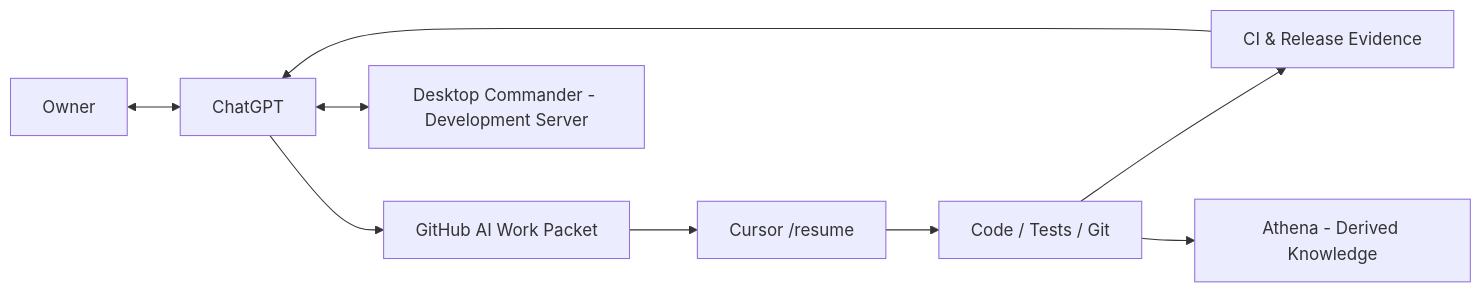
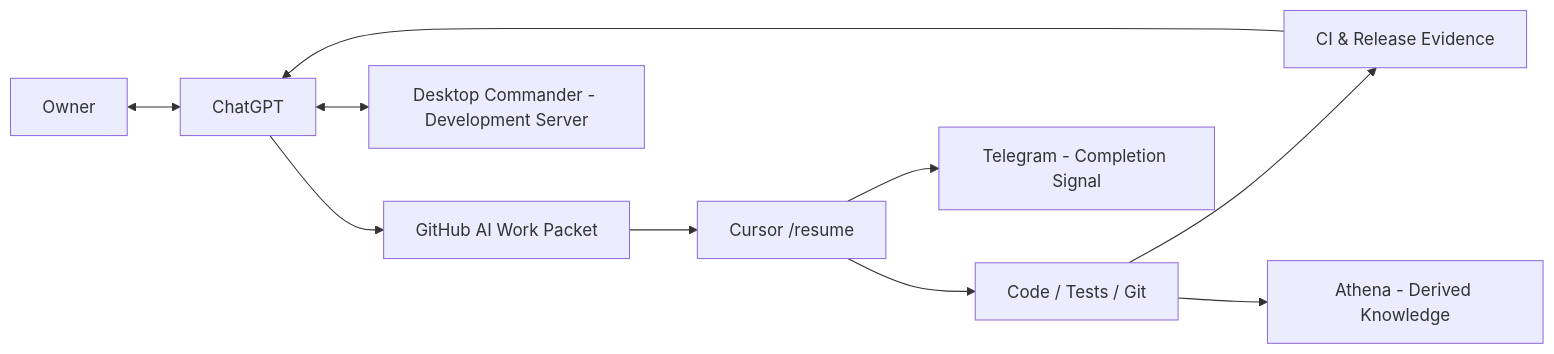
Before and after one commit to datarelay-labs/engineering-system-docs: the diagram in index.mdx, drawn with Mermaid.

Commit message:
docs: show Telegram in English overview

```diff
--- a/index.mdx
+++ b/index.mdx
@@ -44,11 +44,12 @@
 ~~~mermaid
 flowchart LR
     U[Owner] <--> C[ChatGPT]
     C --> W[GitHub AI Work Packet]
     W --> R[Cursor /resume]
     R --> G[Code / Tests / Git]
     G --> CI[CI & Release Evidence]
     CI --> C
     C <--> D[Desktop Commander - Development Server]
     G --> A[Athena - Derived Knowledge]
+    R --> T[Telegram - Completion Signal]
 ~~~
```
